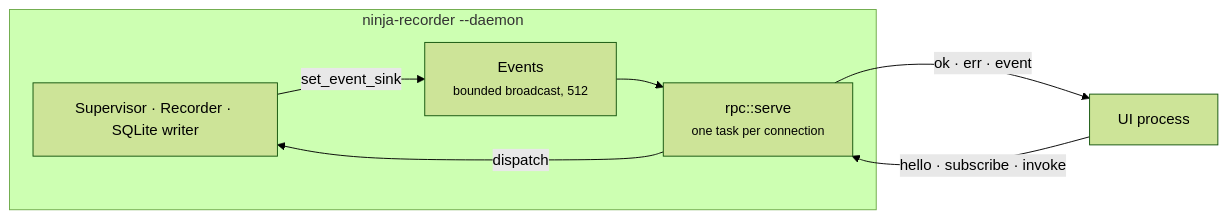
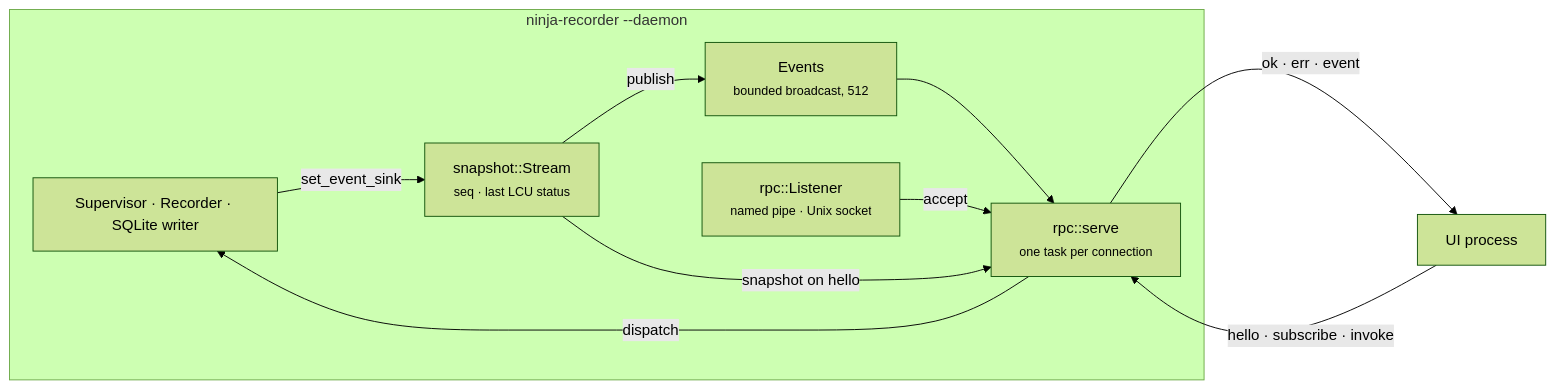
The fifth of 5 diagrams in docs/architecture.md (NinjaGoldfinch/ninja-recorder), drawn with Mermaid (forest theme) before and after one commit. The commit also changed other lines of this file and 16 other files, not shown here.

````diff
--- a/docs/architecture.md
+++ b/docs/architecture.md
@@ -188,13 +198,18 @@
 ```mermaid
 flowchart LR
     subgraph D["ninja-recorder --daemon"]
         SUP["Supervisor · Recorder · SQLite writer"]
+        ST["snapshot::Stream<br/><small>seq · last LCU status</small>"]
         EV["Events<br/><small>bounded broadcast, 512</small>"]
+        LIS["rpc::Listener<br/><small>named pipe · Unix socket</small>"]
         RPC["rpc::serve<br/><small>one task per connection</small>"]
-        SUP -- set_event_sink --> EV
+        SUP -- set_event_sink --> ST
+        ST -- publish --> EV
         EV --> RPC
+        LIS -- accept --> RPC
     end
     UI["UI process"] -- "hello · subscribe · invoke" --> RPC
     RPC -- "ok · err · event" --> UI
     RPC -- dispatch --> SUP
+    ST -- "snapshot on hello" --> RPC
 ```
````
